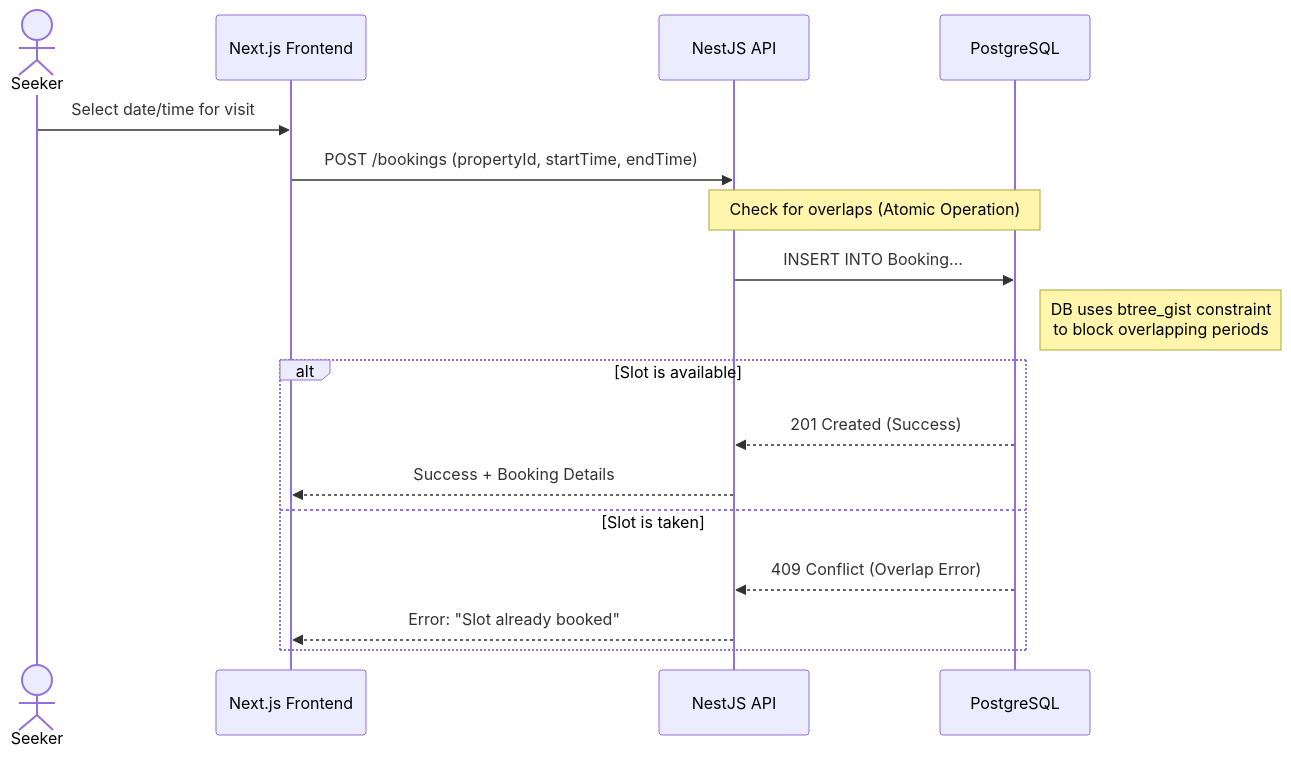
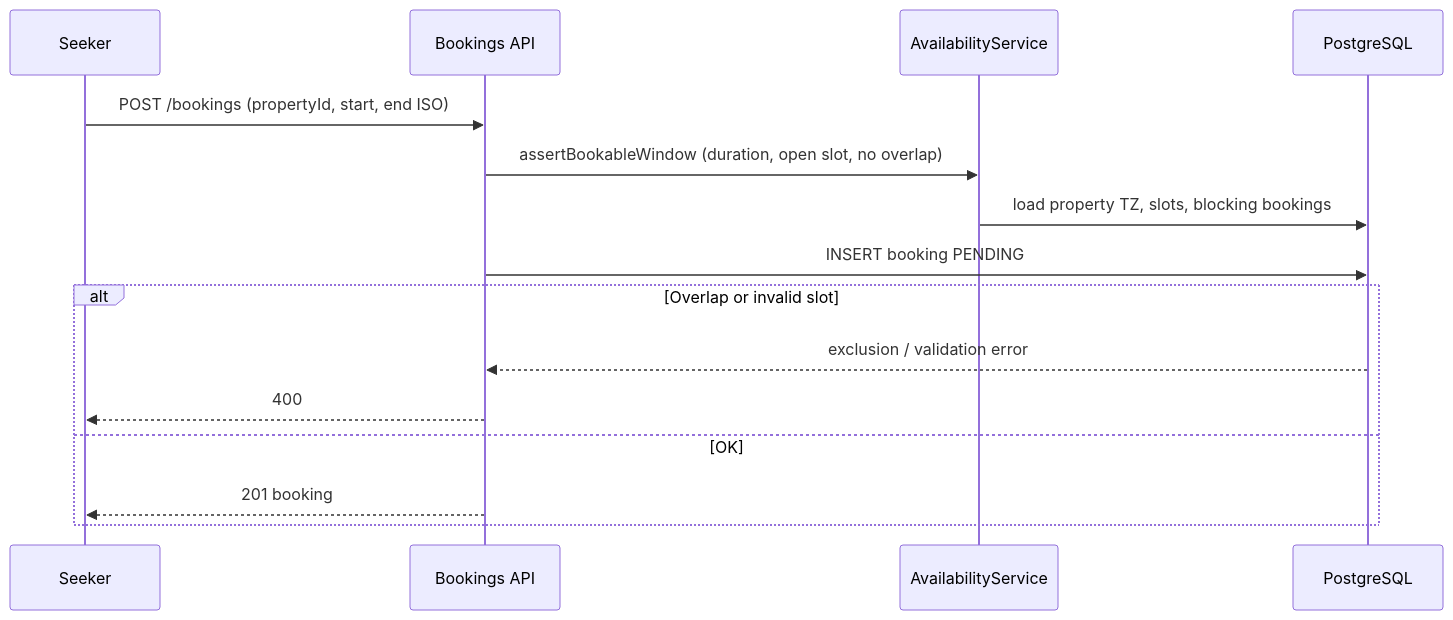
One commit to Raz-Bouganim/ProperT changed the fifth of 7 diagrams in ARCHITECTURE.md. Above: the diagram before and after it, drawn with Mermaid. The commit also changed other lines of this file and 4 other files, not shown here.

````diff
--- a/ARCHITECTURE.md
+++ b/ARCHITECTURE.md
@@ -831,22 +618,18 @@
 ```mermaid
 sequenceDiagram
-    actor Seeker
-    participant FE as Next.js Frontend
-    participant API as NestJS API
-    participant DB as PostgreSQL
+  participant Seeker as Seeker
+  participant API as Bookings API
+  participant AV as AvailabilityService
+  participant DB as PostgreSQL
 
-    Seeker->>FE: Select date/time for visit
-    FE->>API: POST /bookings (propertyId, startTime, endTime)
-
-    Note over API,DB: Check for overlaps (Atomic Operation)
-    API->>DB: INSERT INTO Booking...
-    Note right of DB: DB uses btree_gist constraint<br/>to block overlapping periods
-
-    alt Slot is available
-        DB-->>API: 201 Created (Success)
-        API-->>FE: Success + Booking Details
-    else Slot is taken
-        DB-->>API: 409 Conflict (Overlap Error)
-        API-->>FE: Error: "Slot already booked"
-    end
+  Seeker->>API: POST /bookings (propertyId, start, end ISO)
+  API->>AV: assertBookableWindow (duration, open slot, no overlap)
+  AV->>DB: load property TZ, slots, blocking bookings
+  API->>DB: INSERT booking PENDING
+  alt Overlap or invalid slot
+    DB-->>API: exclusion / validation error
+    API-->>Seeker: 400
+  else OK
+    API-->>Seeker: 201 booking
+  end
 ```
````
